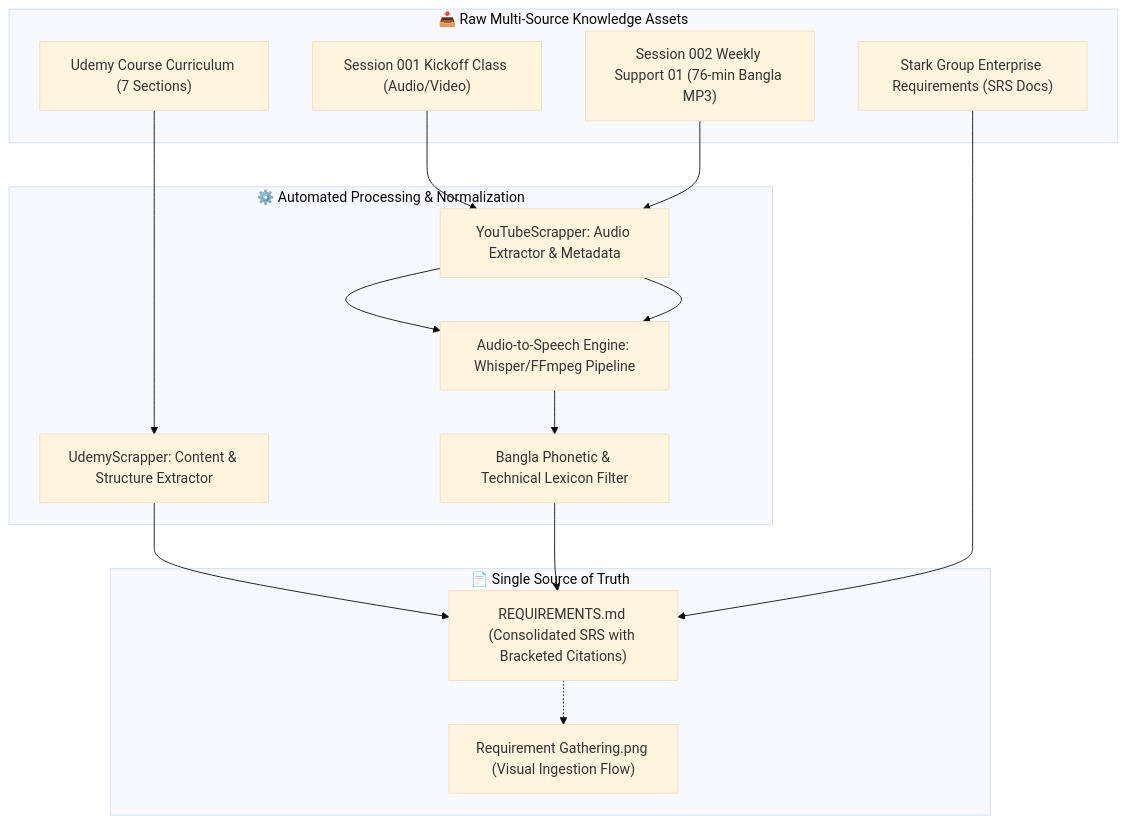
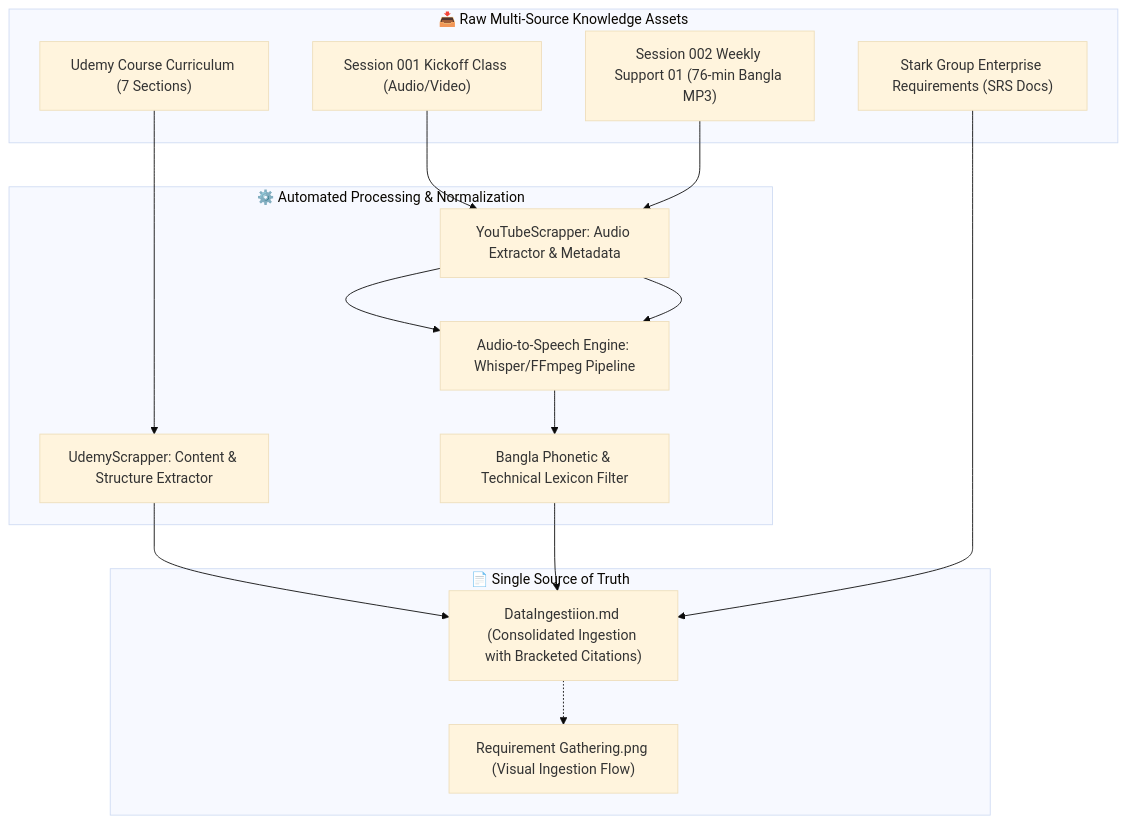
Before and after one commit to AkmKawser/SquareHealth-VMS: the diagram in specifications/STEP_1_REQUIREMENTS_SPECIFICATION.md, drawn with Mermaid (base theme). The commit also changed other lines of this file and 45 other files, not shown here.

Commit message:
refactor: rename 1.Requirement_Gathering to Data_Ingestion and REQUIREMENTS.md to DataIngestiion.md

````diff
--- a/specifications/STEP_1_REQUIREMENTS_SPECIFICATION.md
+++ b/specifications/STEP_1_REQUIREMENTS_SPECIFICATION.md
@@ -22,27 +22,27 @@
 ```mermaid
 flowchart TD
     subgraph Sources["📥 Raw Multi-Source Knowledge Assets"]
         S1["Udemy Course Curriculum (7 Sections)"]
         S2["Session 001 Kickoff Class (Audio/Video)"]
         S3["Session 002 Weekly Support 01 (76-min Bangla MP3)"]
         S4["Stark Group Enterprise Requirements (SRS Docs)"]
     end
 
     subgraph Processing["⚙️ Automated Processing & Normalization"]
         P1["UdemyScrapper: Content & Structure Extractor"]
         P2["YouTubeScrapper: Audio Extractor & Metadata"]
         P3["Audio-to-Speech Engine: Whisper/FFmpeg Pipeline"]
         P4["Bangla Phonetic & Technical Lexicon Filter"]
     end
 
     subgraph Output["📄 Single Source of Truth"]
-        R1["REQUIREMENTS.md (Consolidated SRS with Bracketed Citations)"]
+        R1["DataIngestiion.md (Consolidated Ingestion with Bracketed Citations)"]
         R2["Requirement Gathering.png (Visual Ingestion Flow)"]
     end
 
     S1 --> P1 --> R1
     S2 --> P2 --> P3
     S3 --> P2 --> P3 --> P4 --> R1
     S4 --> R1
     R1 -.-> R2
 ```
````
